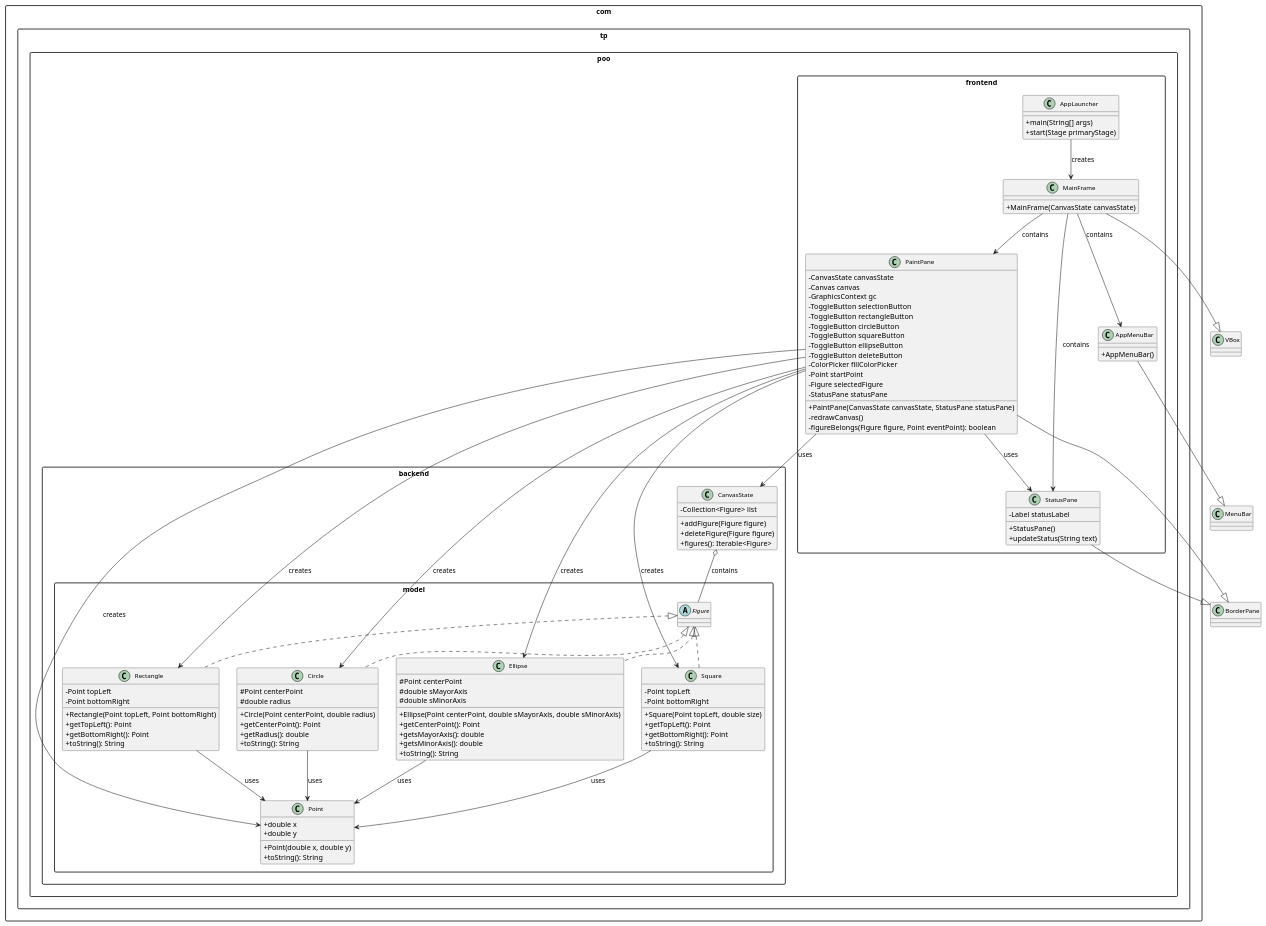
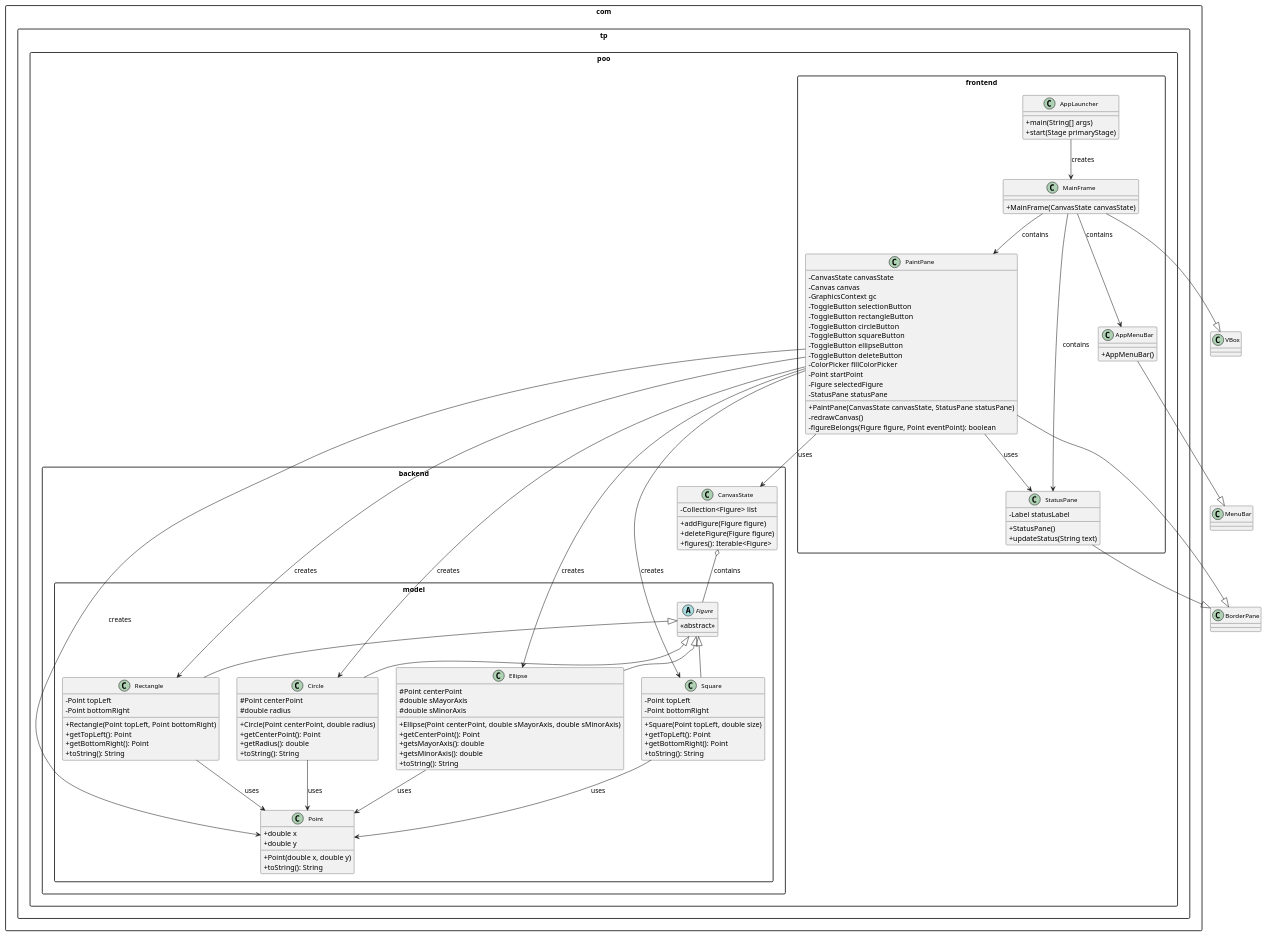
The diagram in UML_Diagram.puml (JuaniRaggio/finalpoo), drawn with PlantUML before and after one commit. The commit also changed 1 other file, not shown here.

```diff
--- a/UML_Diagram.puml
+++ b/UML_Diagram.puml
@@ -1,144 +1,144 @@
 @startuml Paint Project UML
 
 ' Configuración del diagrama
 skinparam classAttributeIconSize 0
 skinparam classFontSize 12
 skinparam classFontName Arial
 skinparam packageStyle rectangle
 
 ' Paquete Backend
 package "com.tp.poo.backend" {
   class CanvasState {
     - Collection<Figure> list
       + addFigure(Figure figure)
       + deleteFigure(Figure figure)
       + figures(): Iterable<Figure>
   }
 }
 
 ' Paquete Backend Model
 package "com.tp.poo.backend.model" {
   abstract class Figure {
-
+    <<abstract>>
   }
 
   class Point {
     + double x
       + double y
       + Point(double x, double y)
       + toString(): String
   }
 
   class Circle {
 # Point centerPoint
 # double radius
     + Circle(Point centerPoint, double radius)
       + getCenterPoint(): Point
                           + getRadius(): double
                                          + toString(): String
   }
 
   class Ellipse {
 # Point centerPoint
 # double sMayorAxis
 # double sMinorAxis
     + Ellipse(Point centerPoint, double sMayorAxis, double sMinorAxis)
       + getCenterPoint(): Point
                           + getsMayorAxis(): double
                                              + getsMinorAxis(): double
                                                                 + toString(): String
   }
 
   class Rectangle {
     - Point topLeft
       - Point bottomRight
       + Rectangle(Point topLeft, Point bottomRight)
       + getTopLeft(): Point
                       + getBottomRight(): Point
                                           + toString(): String
   }
 
   class Square {
     - Point topLeft
       - Point bottomRight
       + Square(Point topLeft, double size)
       + getTopLeft(): Point
                       + getBottomRight(): Point
                                           + toString(): String
   }
 }
 
 ' Paquete Frontend
 package "com.tp.poo.frontend" {
   class AppLauncher {
     + main(String[] args)
       + start(Stage primaryStage)
   }
 
   class MainFrame {
     + MainFrame(CanvasState canvasState)
   }
 
   class PaintPane {
     - CanvasState canvasState
       - Canvas canvas
       - GraphicsContext gc
       - ToggleButton selectionButton
       - ToggleButton rectangleButton
       - ToggleButton circleButton
       - ToggleButton squareButton
       - ToggleButton ellipseButton
       - ToggleButton deleteButton
       - ColorPicker fillColorPicker
       - Point startPoint
       - Figure selectedFigure
       - StatusPane statusPane
       + PaintPane(CanvasState canvasState, StatusPane statusPane)
       - redrawCanvas()
       - figureBelongs(Figure figure, Point eventPoint): boolean
   }
 
   class StatusPane {
     - Label statusLabel
       + StatusPane()
       + updateStatus(String text)
   }
 
   class AppMenuBar {
     + AppMenuBar()
   }
 }
 
 ' Relaciones de herencia
-Figure <|.. Circle
-Figure <|.. Ellipse
-Figure <|.. Rectangle
-Figure <|.. Square
+Figure <|-- Circle
+Figure <|-- Ellipse
+Figure <|-- Rectangle
+Figure <|-- Square
 
 ' Relaciones de composición/agregación
 CanvasState o-- Figure : contains
 PaintPane --> CanvasState : uses
 PaintPane --> StatusPane : uses
 MainFrame --> PaintPane : contains
 MainFrame --> StatusPane : contains
 MainFrame --> AppMenuBar : contains
 AppLauncher --> MainFrame : creates
 
 ' Relaciones de dependencia
 Circle --> Point : uses
 Ellipse --> Point : uses
 Rectangle --> Point : uses
 Square --> Point : uses
 PaintPane --> Point : creates
 PaintPane --> Circle : creates
 PaintPane --> Rectangle : creates
 PaintPane --> Square : creates
 PaintPane --> Ellipse : creates
 
 ' Herencia de JavaFX
 MainFrame --|> VBox
 PaintPane --|> BorderPane
 StatusPane --|> BorderPane
 AppMenuBar --|> MenuBar
 
 @enduml 
```
